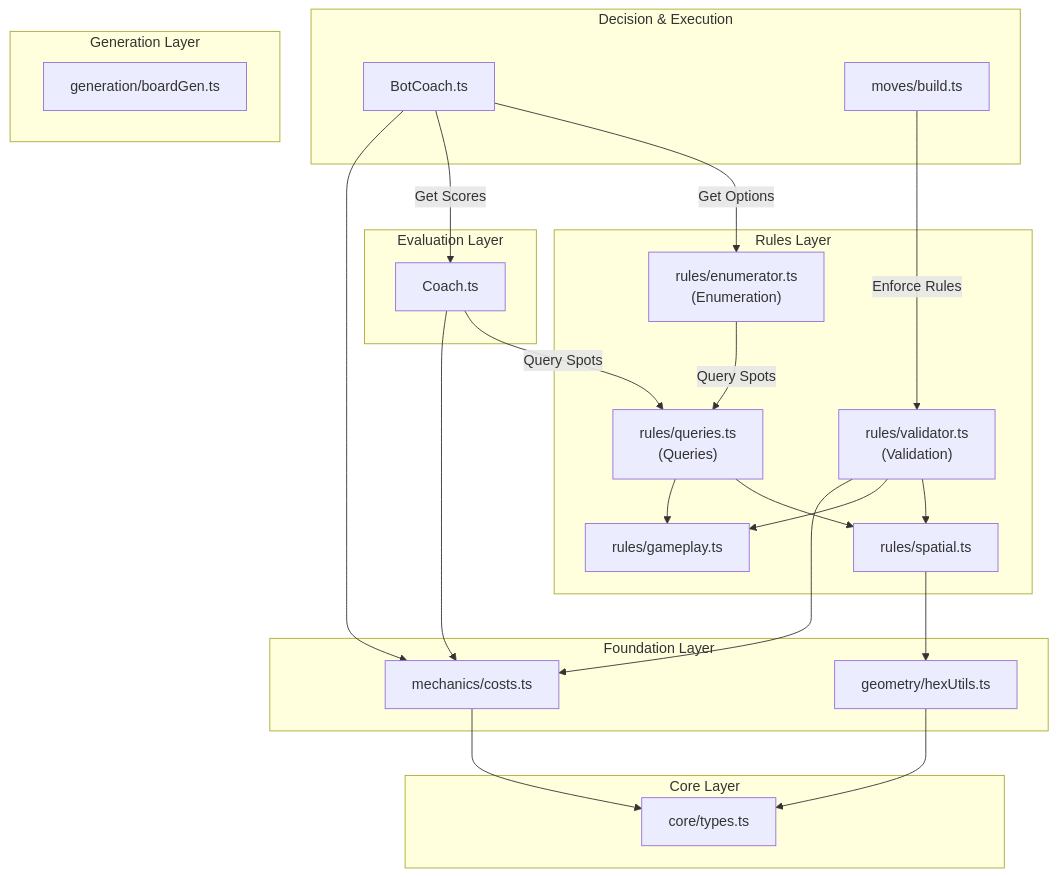
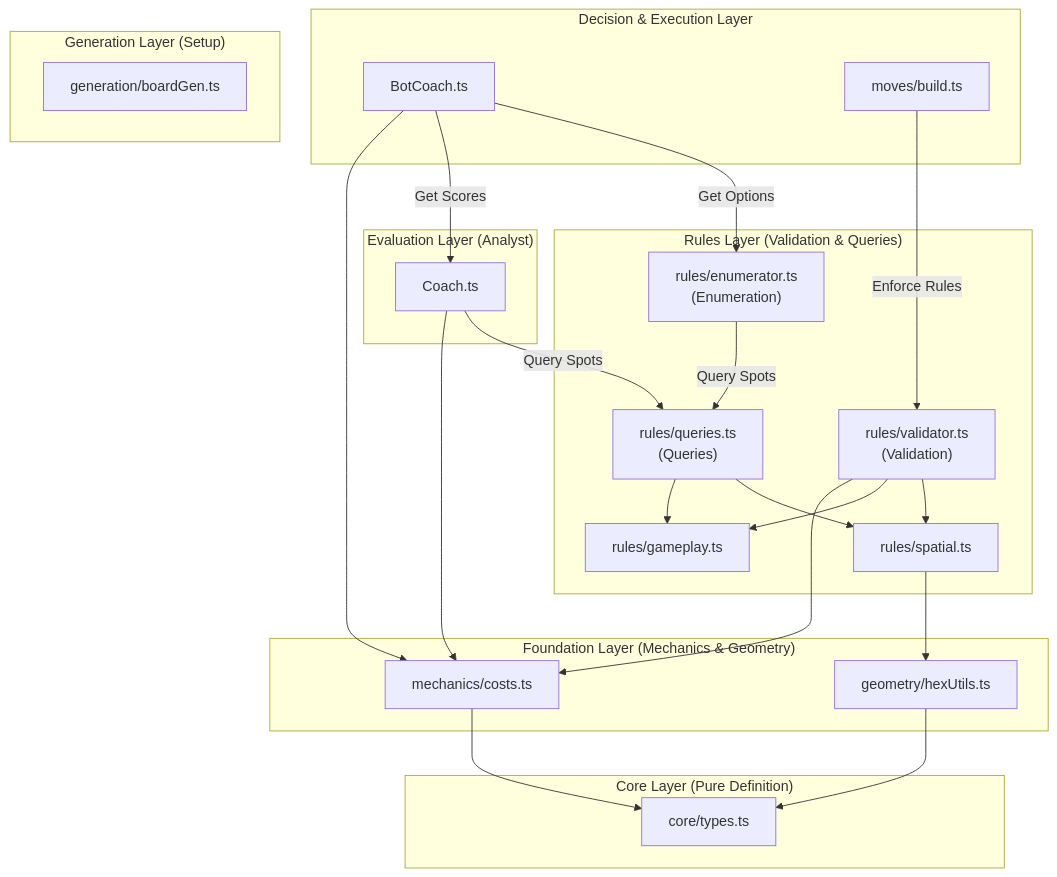
The diagram in docs/ARCHITECTURE.md (g1ddy/catan-hex-mastery), drawn with Mermaid before and after one commit. The commit also changed other lines of this file and 5 other files, not shown here.

````diff
--- a/docs/ARCHITECTURE.md
+++ b/docs/ARCHITECTURE.md
@@ -65,55 +28,55 @@
 ```mermaid
 graph TD
-    subgraph Layer_3_Decision ["Decision & Execution"]
+    subgraph Layer_3_Decision ["Decision & Execution Layer"]
         BC[BotCoach.ts]
         Moves[moves/build.ts]
     end
 
-    subgraph Layer_2_Evaluation [Evaluation Layer]
+    subgraph Layer_2_Evaluation ["Evaluation Layer (Analyst)"]
         C[Coach.ts]
     end
 
-    subgraph Layer_1_Rules [Rules Layer]
+    subgraph Layer_1_Rules ["Rules Layer (Validation & Queries)"]
         V["rules/validator.ts<br/>(Validation)"]
         Q["rules/queries.ts<br/>(Queries)"]
         E["rules/enumerator.ts<br/>(Enumeration)"]
         P[rules/spatial.ts]
         G[rules/gameplay.ts]
     end
 
-    subgraph Layer_1_Generation [Generation Layer]
+    subgraph Layer_1_Generation ["Generation Layer (Setup)"]
         Gen[generation/boardGen.ts]
     end
 
-    subgraph Layer_0_Foundation [Foundation Layer]
+    subgraph Layer_0_Foundation ["Foundation Layer (Mechanics & Geometry)"]
         Mech[mechanics/costs.ts]
         Geo[geometry/hexUtils.ts]
     end
 
-    subgraph Layer_Minus1_Core [Core Layer]
+    subgraph Layer_Minus1_Core ["Core Layer (Pure Definition)"]
         Core[core/types.ts]
     end
 
     %% Flows
     BC -->|Get Options| E
     BC -->|Get Scores| C
     E -->|Query Spots| Q
     C -->|Query Spots| Q
     Moves -->|Enforce Rules| V
 
     %% Internal Rules
     V --> P
     V --> G
     Q --> P
     Q --> G
 
     %% Foundation Usage
     V --> Mech
     P --> Geo
     BC --> Mech
     C --> Mech
 
     %% Core Usage (Universal)
     Geo --> Core
     Mech --> Core
 ```
````
